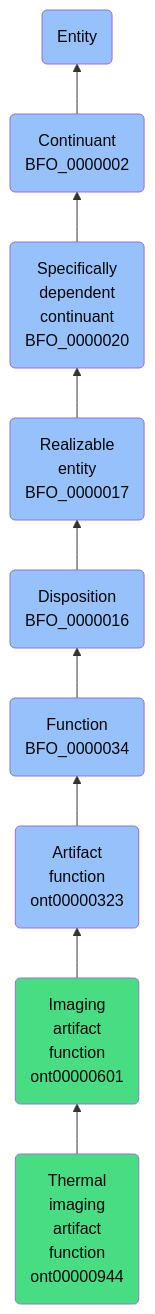
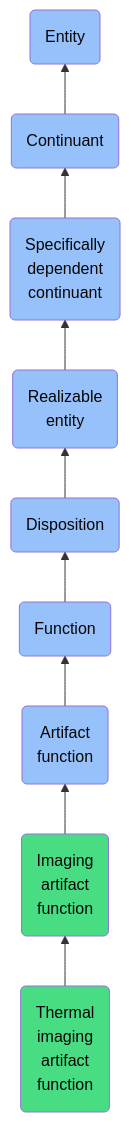
One commit to jupyter-naas/abi changed the diagram in docs/ontology/reference/model/Entity/Continuant/Specifically dependent continuant/Realizable entity/Disposition/Function/Artifact function/Imaging artifact function/Thermal imaging artifact function/Thermal imaging artifact function.md. Above: the diagram before and after it, drawn with Mermaid. The commit also changed other lines of this file and 1430 other files, not shown here.

````diff
--- a/docs/ontology/reference/model/Entity/Continuant/Specifically dependent continuant/Realizable entity/Disposition/Function/Artifact function/Imaging artifact function/Thermal imaging artifact function/Thermal imaging artifact function.md
+++ b/docs/ontology/reference/model/Entity/Continuant/Specifically dependent continuant/Realizable entity/Disposition/Function/Artifact function/Imaging artifact function/Thermal imaging artifact function/Thermal imaging artifact function.md
@@ -24,16 +24,16 @@
 ```mermaid
 graph BT
-    ont00000944(Thermal<br>imaging<br>artifact<br>function<br>ont00000944):::ABI-->ont00000601
-    ont00000601(Imaging<br>artifact<br>function<br>ont00000601):::ABI-->ont00000323
-    ont00000323(Artifact<br>function<br>ont00000323):::BFO-->BFO_0000034
-    BFO_0000034(Function<br>BFO_0000034):::BFO-->BFO_0000016
-    BFO_0000016(Disposition<br>BFO_0000016):::BFO-->BFO_0000017
-    BFO_0000017(Realizable<br>entity<br>BFO_0000017):::BFO-->BFO_0000020
-    BFO_0000020(Specifically<br>dependent<br>continuant<br>BFO_0000020):::BFO-->BFO_0000002
-    BFO_0000002(Continuant<br>BFO_0000002):::BFO-->BFO_0000001
+    ont00000944(Thermal<br>imaging<br>artifact<br>function):::ABI-->ont00000601
+    ont00000601(Imaging<br>artifact<br>function):::ABI-->ont00000323
+    ont00000323(Artifact<br>function):::BFO-->BFO_0000034
+    BFO_0000034(Function):::BFO-->BFO_0000016
+    BFO_0000016(Disposition):::BFO-->BFO_0000017
+    BFO_0000017(Realizable<br>entity):::BFO-->BFO_0000020
+    BFO_0000020(Specifically<br>dependent<br>continuant):::BFO-->BFO_0000002
+    BFO_0000002(Continuant):::BFO-->BFO_0000001
     BFO_0000001(Entity):::BFO
     
     classDef BFO fill:#97c1fb,color:#060606
     classDef CCO fill:#e4c51e,color:#060606
     classDef ABI fill:#48DD82,color:#060606
 ```
````
